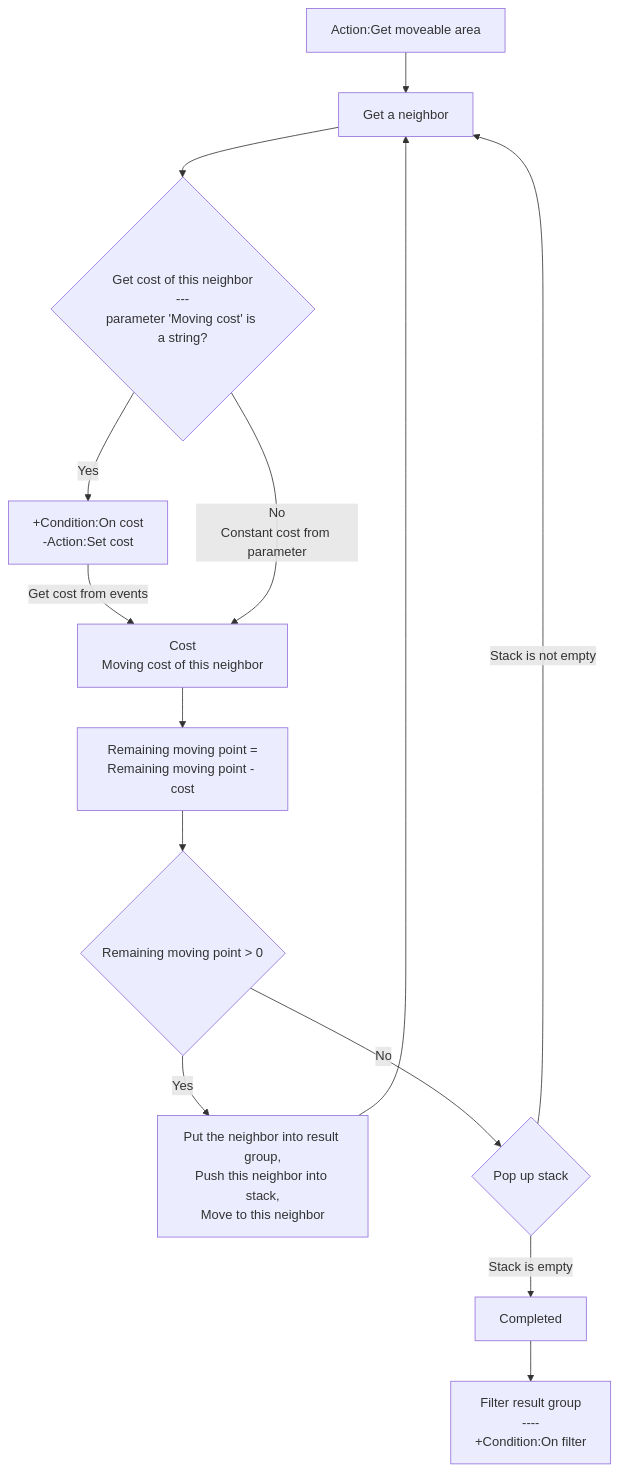
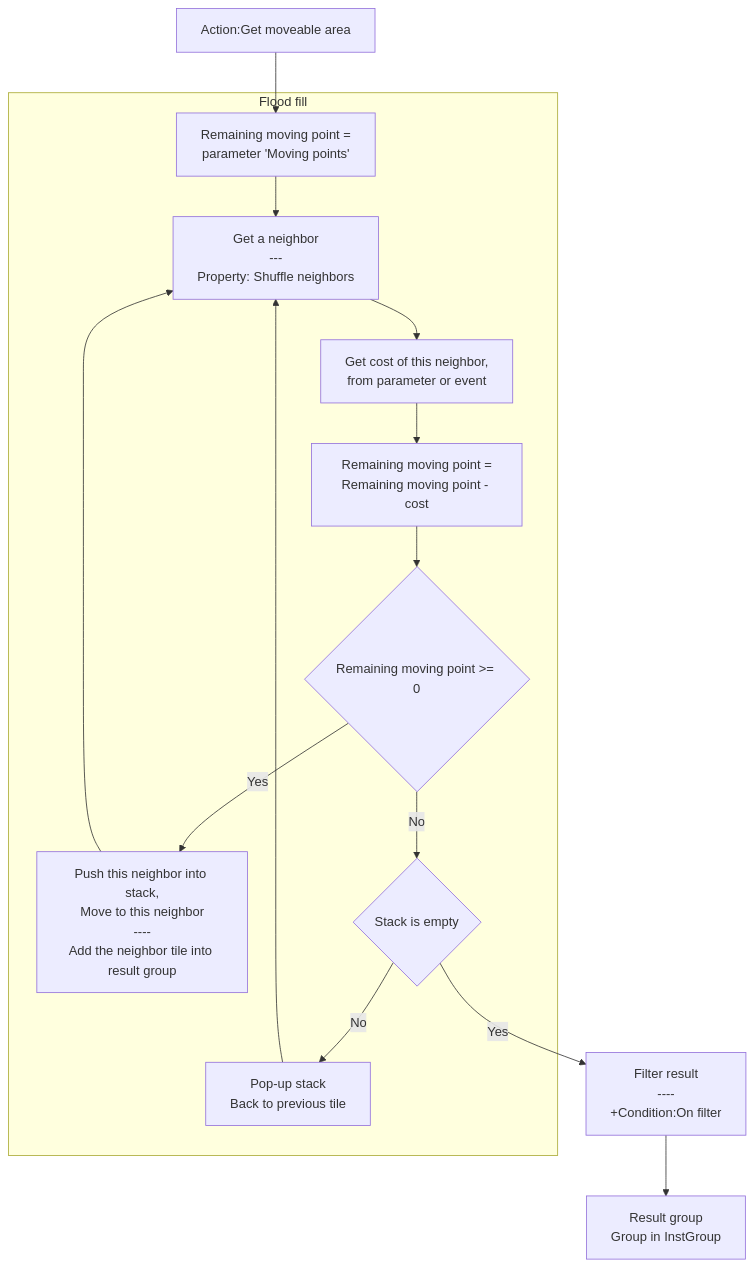
The first of 6 diagrams in plugins.md/rex_slg_movement.md (rexrainbow/C2RexDoc), drawn with Mermaid before and after one commit. The commit also changed other lines of this file and 7 other files, not shown here.

````diff
--- a/plugins.md/rex_slg_movement.md
+++ b/plugins.md/rex_slg_movement.md
@@ -30,19 +32,22 @@
 ```mermaid
 graph TB
 
-Start["Action:Get moveable area"] --> NextNeighbor[Get a neighbor]
-NextNeighbor --> GetCost{"Get cost of this neighbor<br>---<br>parameter 'Moving cost' is a string?"}
-GetCost --> |Yes| CondOnCost["+Condition:On cost<br>-Action:Set cost"]
-CondOnCost --> |Get cost from events| Cost["Cost<br>Moving cost of this neighbor"]
-GetCost --> |"No<br>Constant cost from parameter"| Cost
-Cost --> SubRemainingCost["Remaining moving point =<br>Remaining moving point - cost"]
-SubRemainingCost --> HasRemainingCost{Remaining moving point > 0}
-HasRemainingCost --> |Yes| PutNeighbor[Put the neighbor into result group,<br>Push this neighbor into stack,<br>Move to this neighbor]
-PutNeighbor --> NextNeighbor[Get a neighbor]
+Start["Action:Get moveable area"] --> SetRemainingMovingCost["Remaining moving point =<br>parameter 'Moving points'"]
 
-HasRemainingCost --> |No| BackToPreviousState{Pop up stack}
-BackToPreviousState --> |Stack is not empty| NextNeighbor
-BackToPreviousState --> |Stack is empty| Completed
+subgraph Flood fill
+SetRemainingMovingCost --> NextNeighbor["Get a neighbor<br>---<br>Property: Shuffle neighbors"]
+NextNeighbor --> GetCost["Get cost of this neighbor,<br>from parameter or event"]
+GetCost --> SubRemainingCost["Remaining moving point =<br>Remaining moving point - cost"]
+SubRemainingCost --> HasRemainingCost{Remaining moving point >= 0}
+HasRemainingCost --> |Yes| PutNeighbor["Push this neighbor into stack,<br>Move to this neighbor<br>----<br>Add the neighbor tile into result group"]
 
-Completed --> Filter["Filter result group<br>----<br>+Condition:On filter"]
+PutNeighbor --> NextNeighbor
+
+HasRemainingCost --> |No| StackIsEmpty{Stack is empty}
+StackIsEmpty --> |No| PopStack[Pop-up stack<br>Back to previous tile]
+PopStack --> NextNeighbor
+end
+
+StackIsEmpty --> |Yes| FilterResult["Filter result<br>----<br>+Condition:On filter"]
+FilterResult --> Result[Result group<br>Group in InstGroup]
 ```
````
